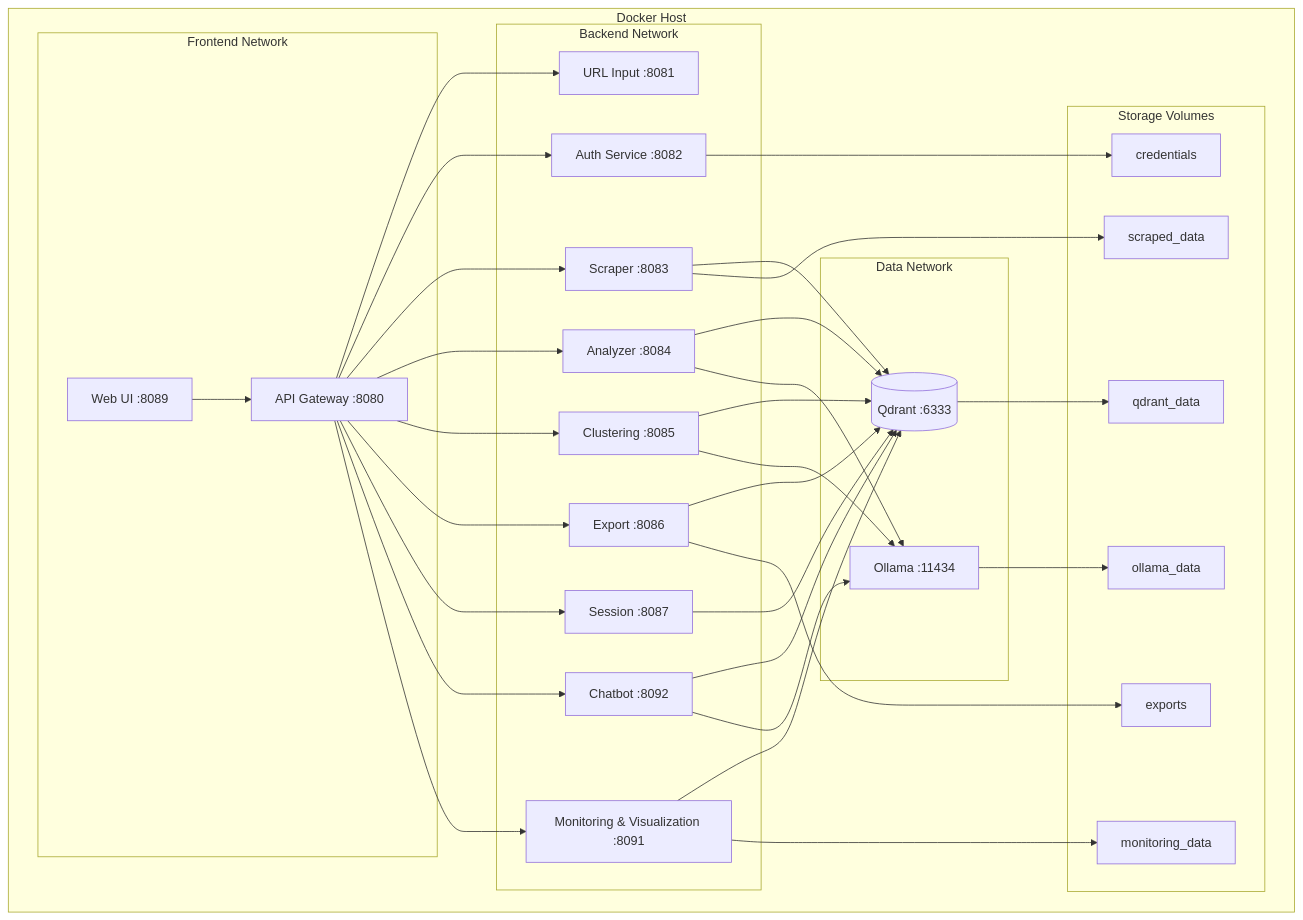
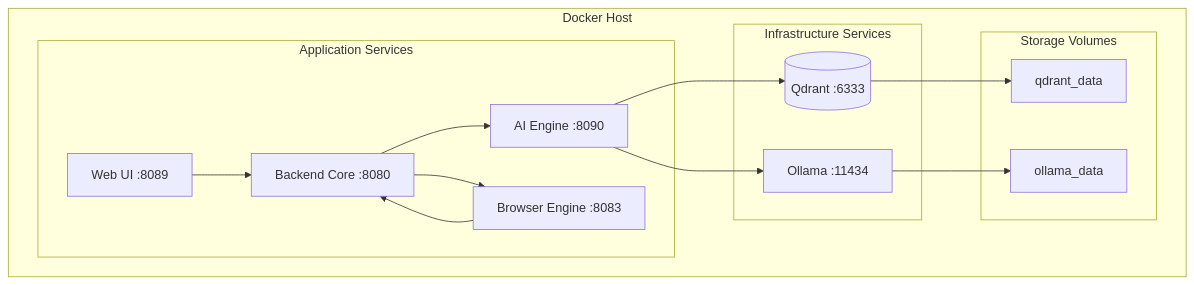
The fifth of 6 diagrams in docs/ARCHITECTURE.md (berdyh/tab-organizer), drawn with Mermaid before and after one commit. The commit also changed other lines of this file and 3 other files, not shown here.

First line of the commit message:
docs: update documentation for 4-service architecture

````diff
--- a/docs/ARCHITECTURE.md
+++ b/docs/ARCHITECTURE.md
@@ -287,64 +229,32 @@
 ```mermaid
 graph TB
     subgraph "Docker Host"
-        subgraph "Frontend Network"
+        subgraph "Application Services"
             UI[Web UI :8089]
-            GW[API Gateway :8080]
+            Backend[Backend Core :8080]
+            AI[AI Engine :8090]
+            Browser[Browser Engine :8083]
         end
         
-        subgraph "Backend Network"
-            URL[URL Input :8081]
-            AUTH[Auth Service :8082]
-            SCRAPER[Scraper :8083]
-            ANALYZER[Analyzer :8084]
-            CLUSTER[Clustering :8085]
-            EXPORT[Export :8086]
-            SESSION[Session :8087]
-            CHATBOT[Chatbot :8092]
-            MONITOR[Monitoring & Visualization :8091]
-        end
-        
-        subgraph "Data Network"
+        subgraph "Infrastructure Services"
             QDRANT[(Qdrant :6333)]
             OLLAMA[Ollama :11434]
         end
         
         subgraph "Storage Volumes"
             V1[qdrant_data]
             V2[ollama_data]
-            V3[scraped_data]
-            V4[monitoring_data]
-            V5[exports]
-            V6[credentials]
         end
     end
     
-    UI --> GW
-    GW --> URL
-    GW --> AUTH
-    GW --> SCRAPER
-    GW --> ANALYZER
-    GW --> CLUSTER
-    GW --> EXPORT
-    GW --> SESSION
-    GW --> CHATBOT
-    GW --> MONITOR
+    UI --> Backend
+    Backend --> AI
+    Backend --> Browser
+    Browser --> Backend
     
-    SCRAPER --> QDRANT
-    ANALYZER --> QDRANT
-    ANALYZER --> OLLAMA
-    CLUSTER --> QDRANT
-    CLUSTER --> OLLAMA
-    EXPORT --> QDRANT
-    SESSION --> QDRANT
-    CHATBOT --> QDRANT
-    CHATBOT --> OLLAMA
-    MONITOR --> QDRANT
+    AI --> QDRANT
+    AI --> OLLAMA
     
     QDRANT --> V1
     OLLAMA --> V2
-    SCRAPER --> V3
-    MONITOR --> V4
-    EXPORT --> V5
-    AUTH --> V6
 ```
````
